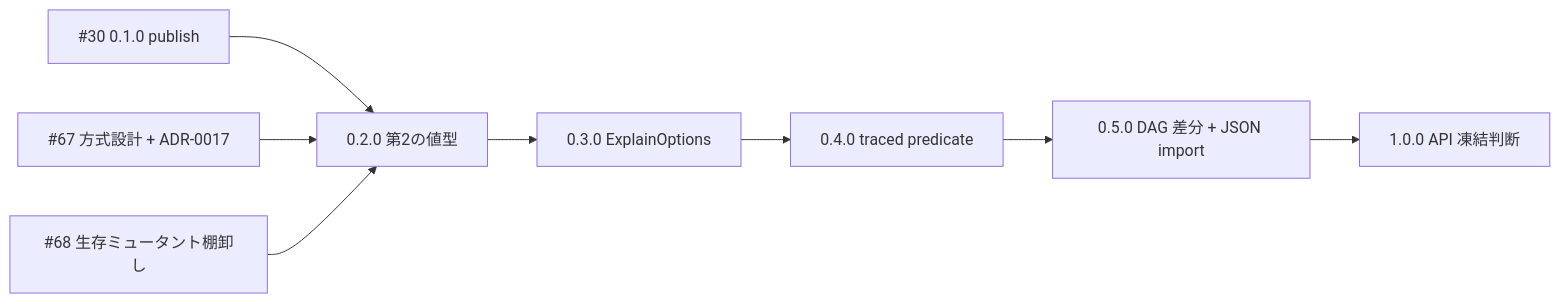
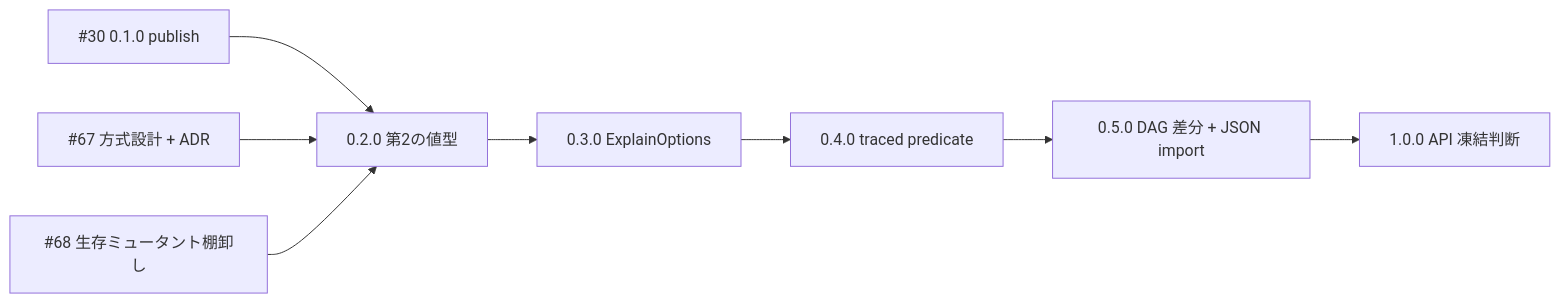
The second of 2 diagrams in docs/project-execution-plan.md (urario/Yurai), drawn with Mermaid before and after one commit. The commit also changed other lines of this file and 7 other files, not shown here.

````diff
--- a/docs/project-execution-plan.md
+++ b/docs/project-execution-plan.md
@@ -182,10 +185,10 @@
 ```mermaid
 flowchart LR
     I30["#30 0.1.0 publish"] --> R2["0.2.0 第2の値型"]
-    I67["#67 方式設計 + ADR-0017"] --> R2
+    I67["#67 方式設計 + ADR"] --> R2
     I68["#68 生存ミュータント棚卸し"] --> R2
     R2 --> R3["0.3.0 ExplainOptions"]
     R3 --> R4["0.4.0 traced predicate"]
     R4 --> R5["0.5.0 DAG 差分 + JSON import"]
     R5 --> R10["1.0.0 API 凍結判断"]
 ```
````
